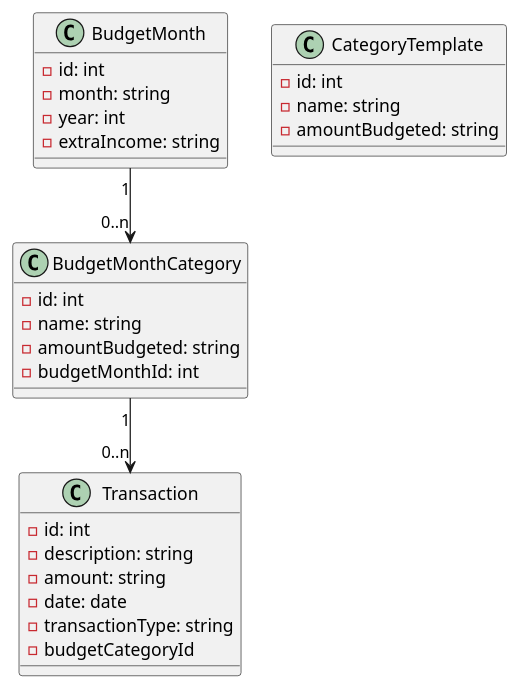
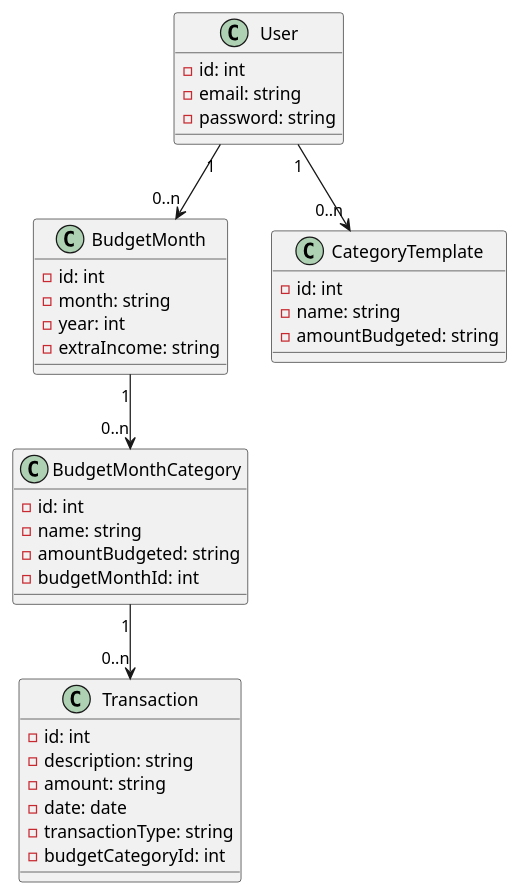
Before and after one commit to garyfish618/budget-helper-web: the diagram in diagrams/tables.puml, drawn with PlantUML. The commit also changed 15 other files, not shown here.

```diff
--- a/diagrams/tables.puml
+++ b/diagrams/tables.puml
@@ -1,35 +1,45 @@
 @startuml
+
+class User {
+    -id: int
+    -email: string
+    -password: string
+}
+
+
 class BudgetMonth {
   -id: int
   -month: string
   -year: int
   -extraIncome: string
   
 }
 
 class BudgetMonthCategory {
     -id: int
     -name: string
     -amountBudgeted: string
     -budgetMonthId: int
 }
 
 class CategoryTemplate {
     -id: int
     -name: string
     -amountBudgeted: string
 }
 
 class Transaction {
     -id: int
     -description: string
     -amount: string
     -date: date 
     -transactionType: string
-    -budgetCategoryId
+    -budgetCategoryId: int
 
 }
 
+User "1" --> "0..n" BudgetMonth
+User "1" --> "0..n" CategoryTemplate
 BudgetMonth "1" --> "0..n" BudgetMonthCategory
 BudgetMonthCategory "1" --> "0..n" Transaction
 @enduml
```
